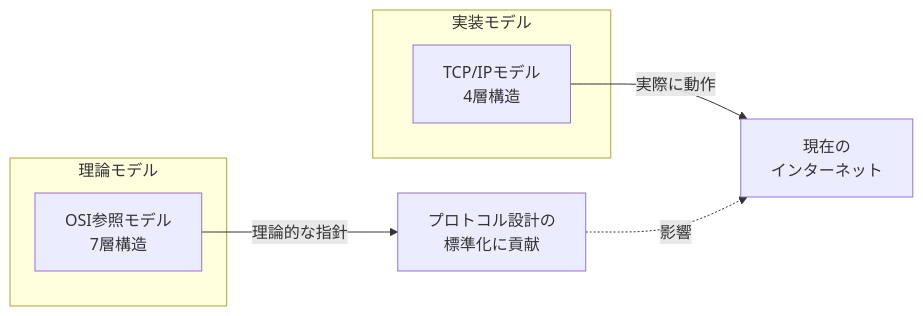
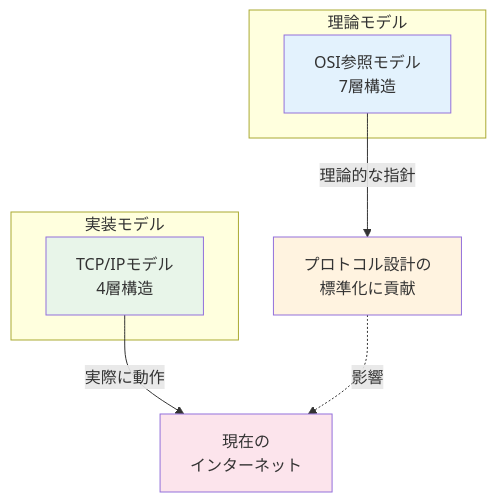
The first of 9 diagrams in site/src/content/docs/notes/osi-tcpip-comparison.md (ikarigata/nespe_memo), drawn with Mermaid before and after one commit. The commit also changed other lines of this file, not shown here.

First line of the commit message:
Mermaid図をスマホ向けに縦型レイアウトに変更

````diff
--- a/site/src/content/docs/notes/osi-tcpip-comparison.md
+++ b/site/src/content/docs/notes/osi-tcpip-comparison.md
@@ -9,14 +9,20 @@
 ```mermaid
-graph LR
+graph TB
     subgraph 理論モデル
         OSI[OSI参照モデル<br/>7層構造]
     end
+
     subgraph 実装モデル
         TCPIP[TCP/IPモデル<br/>4層構造]
     end
 
     OSI -->|理論的な指針| 標準化[プロトコル設計の<br/>標準化に貢献]
     TCPIP -->|実際に動作| インターネット[現在の<br/>インターネット]
 
     標準化 -.->|影響| インターネット
+
+    style OSI fill:#e3f2fd
+    style TCPIP fill:#e8f5e9
+    style 標準化 fill:#fff3e0
+    style インターネット fill:#fce4ec
 ```
````
